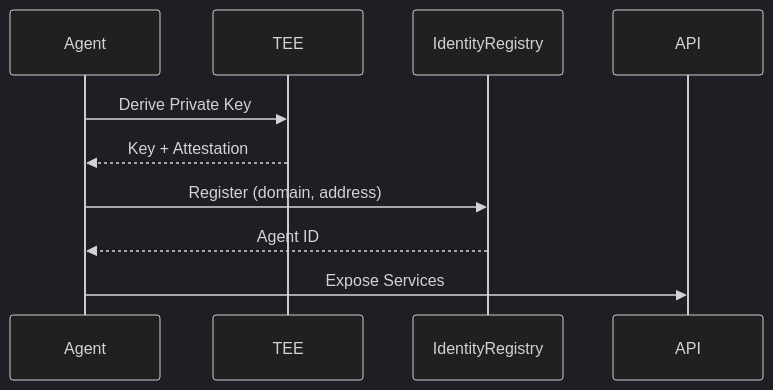
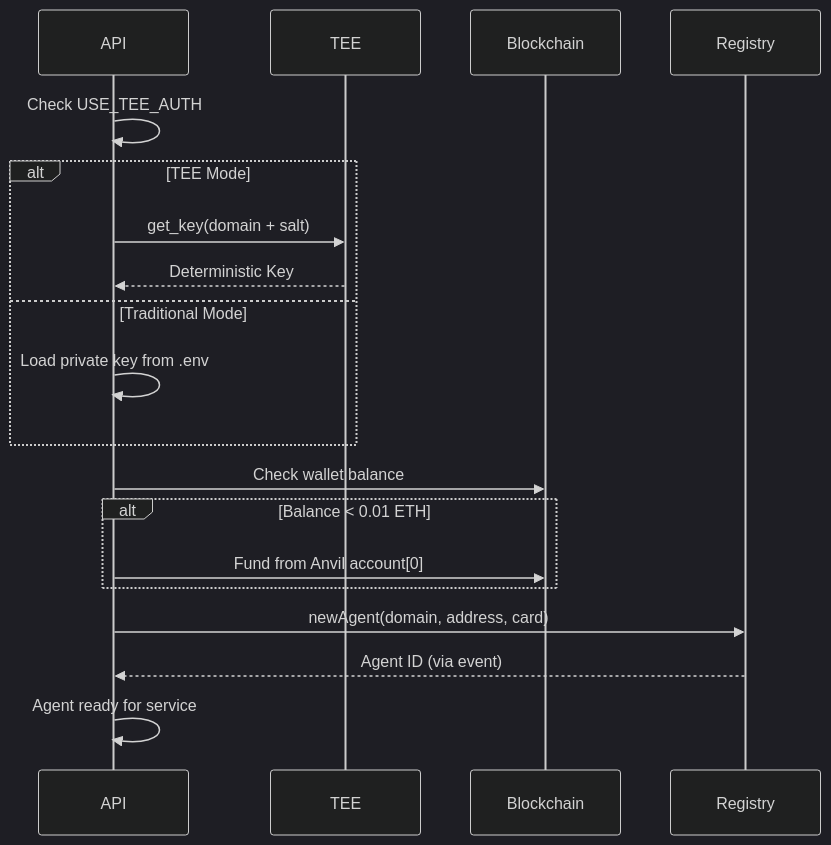
Before and after one commit to HashWarlock/erc-8004-ex-phala: the first of 2 diagrams in docs/ARCHITECTURE.md, drawn with Mermaid (dark theme). The commit also changed other lines of this file and 12 other files, not shown here.

````diff
--- a/docs/ARCHITECTURE.md
+++ b/docs/ARCHITECTURE.md
@@ -60,8 +88,22 @@
 ```mermaid
 sequenceDiagram
-    Agent->>TEE: Derive Private Key
-    TEE-->>Agent: Key + Attestation
-    Agent->>IdentityRegistry: Register (domain, address)
-    IdentityRegistry-->>Agent: Agent ID
-    Agent->>API: Expose Services
+    participant API
+    participant TEE
+    participant Blockchain
+    participant Registry
+    
+    API->>API: Check USE_TEE_AUTH
+    alt TEE Mode
+        API->>TEE: get_key(domain + salt)
+        TEE-->>API: Deterministic Key
+    else Traditional Mode
+        API->>API: Load private key from .env
+    end
+    API->>Blockchain: Check wallet balance
+    alt Balance < 0.01 ETH
+        API->>Blockchain: Fund from Anvil account[0]
+    end
+    API->>Registry: newAgent(domain, address, card)
+    Registry-->>API: Agent ID (via event)
+    API->>API: Agent ready for service
 ```
````
